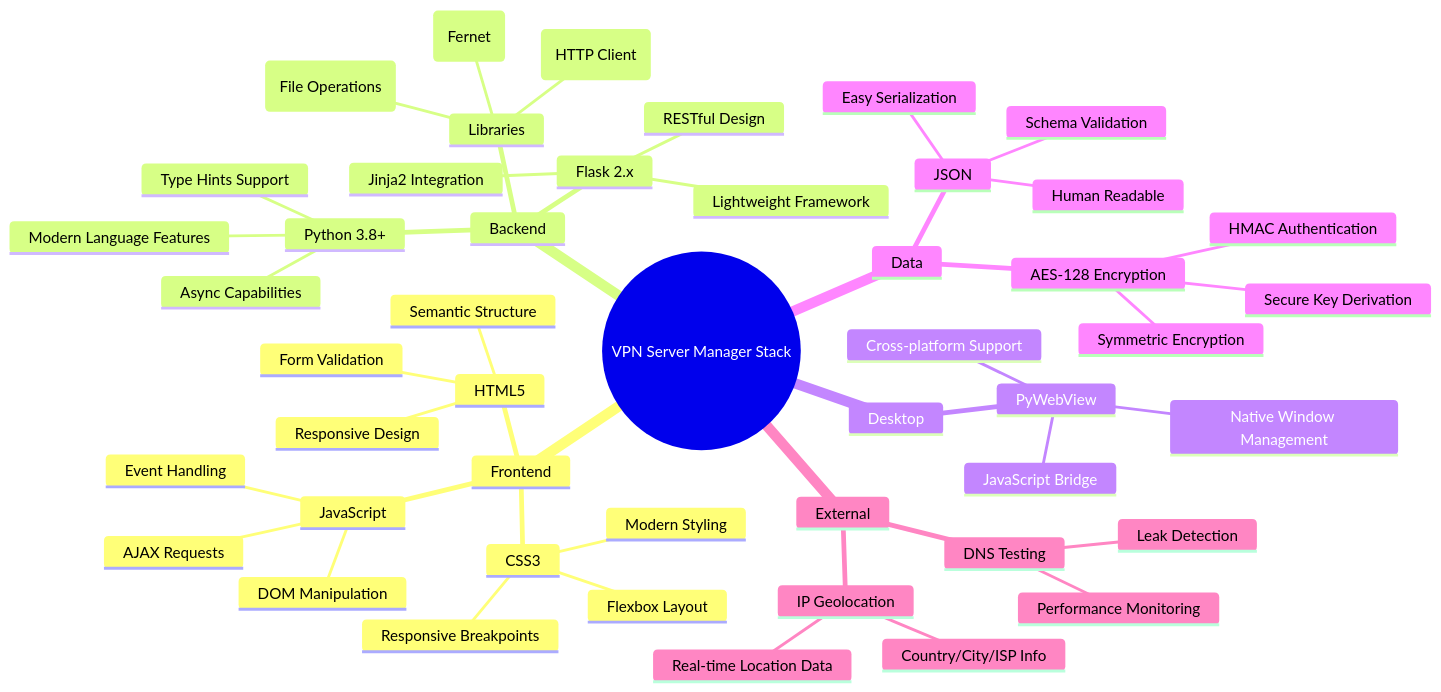
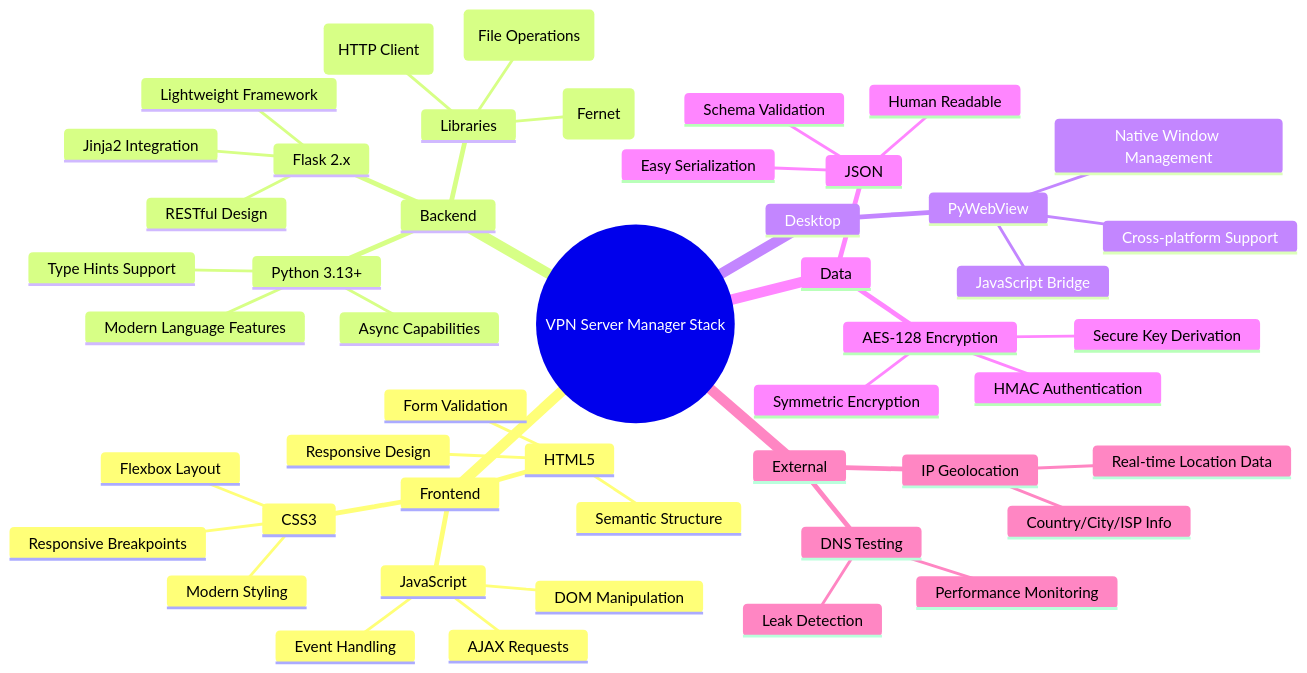
One commit to kureinmaxim/vpn-server-manager changed the second of 10 diagrams in lessons/lesson-09-comprehensive-review-and-conclusions.md. Above: the diagram before and after it, drawn with Mermaid. The commit also changed 29 other files, not shown here.

````diff
--- a/lessons/lesson-09-comprehensive-review-and-conclusions.md
+++ b/lessons/lesson-09-comprehensive-review-and-conclusions.md
@@ -112,51 +112,51 @@
 ```mermaid
 mindmap
   root((VPN Server Manager Stack))
     Frontend
       HTML5
         Semantic Structure
         Responsive Design
         Form Validation
       CSS3
         Flexbox Layout
         Modern Styling
         Responsive Breakpoints
       JavaScript
         DOM Manipulation
         AJAX Requests
         Event Handling
     Backend
-      Python 3.8+
+      Python 3.13+
         Modern Language Features
         Type Hints Support
         Async Capabilities
       Flask 2.x
         Lightweight Framework
         Jinja2 Integration
         RESTful Design
       Libraries
         Cryptography (Fernet)
         Requests (HTTP Client)
         Pathlib (File Operations)
     Desktop
       PyWebView
         Cross-platform Support
         Native Window Management
         JavaScript Bridge
     Data
       JSON
         Human Readable
         Schema Validation
         Easy Serialization
       AES-128 Encryption
         Symmetric Encryption
         HMAC Authentication
         Secure Key Derivation
     External
       IP Geolocation
         Real-time Location Data
         Country/City/ISP Info
       DNS Testing
         Leak Detection
         Performance Monitoring
 ```
````
